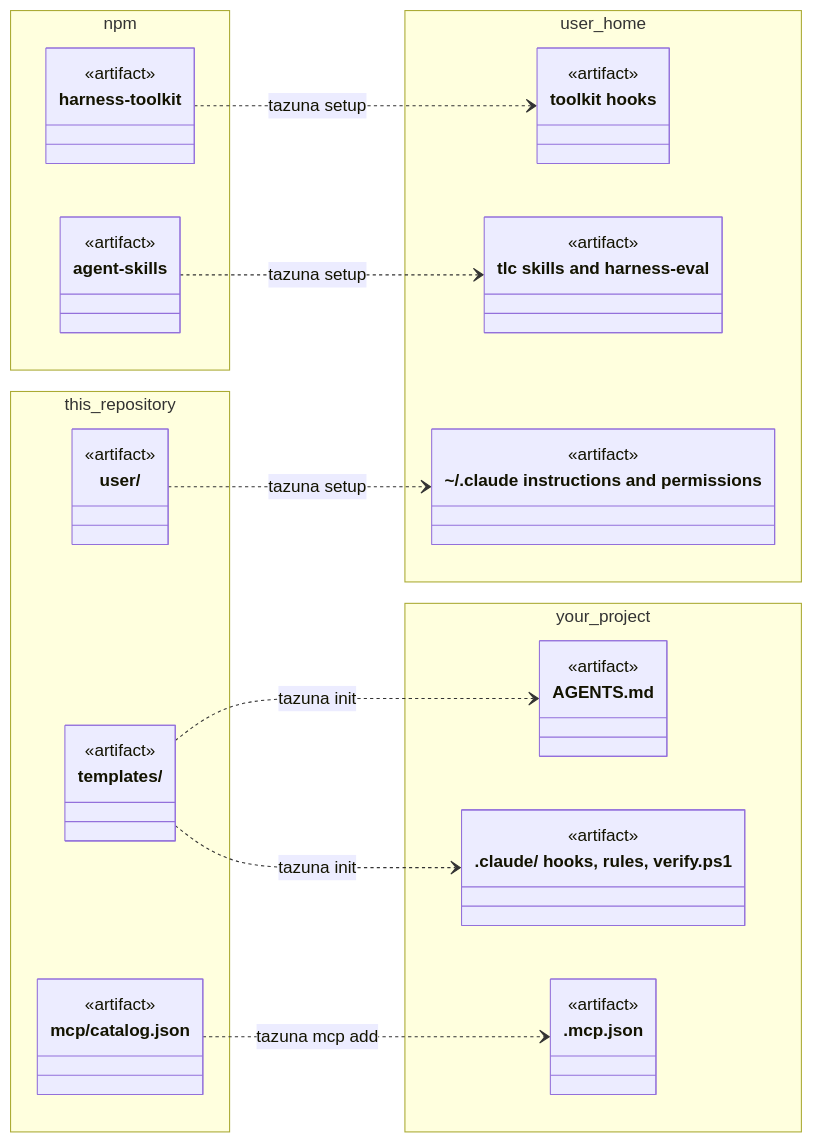
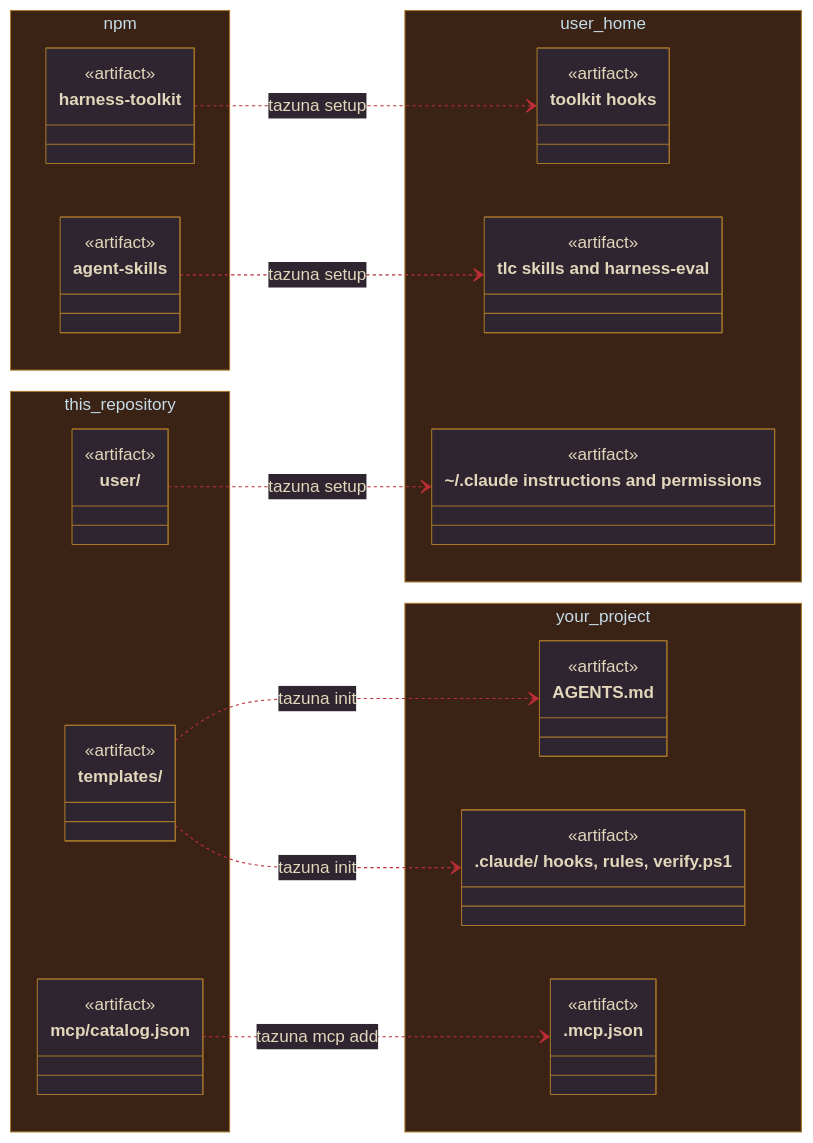
The third of 4 diagrams in README.md (AlfredoNeeto/tazuna), drawn with Mermaid before and after one commit. The commit also changed other lines of this file and 16 other files, not shown here.

````diff
--- a/README.md
+++ b/README.md
@@ -191,29 +184,30 @@
 ```mermaid
+%%{init: {'theme': 'base', 'themeVariables': {'primaryColor': '#2f2530', 'primaryTextColor': '#e2d6bb', 'primaryBorderColor': '#a5752a', 'lineColor': '#bd2e37', 'secondaryColor': '#7f1721', 'tertiaryColor': '#3a2215', 'clusterBkg': '#3a2215', 'clusterBorder': '#a5752a', 'edgeLabelBackground': '#3e0c13', 'fontFamily': 'Georgia, serif'}}}%%
 classDiagram
     direction LR
     namespace this_repository {
         class user["user/"] { <<artifact>> }
         class templates["templates/"] { <<artifact>> }
         class catalog["mcp/catalog.json"] { <<artifact>> }
     }
     namespace npm {
         class toolkit["harness-toolkit"] { <<artifact>> }
         class agentskills["agent-skills"] { <<artifact>> }
     }
     namespace user_home {
         class instructions["~/.claude instructions and permissions"] { <<artifact>> }
         class floor["toolkit hooks"] { <<artifact>> }
         class skills["tlc skills and harness-eval"] { <<artifact>> }
     }
     namespace your_project {
         class agents["AGENTS.md"] { <<artifact>> }
         class claude[".claude/ hooks, rules, verify.ps1"] { <<artifact>> }
         class mcpjson[".mcp.json"] { <<artifact>> }
     }
     user ..> instructions : tazuna setup
     toolkit ..> floor : tazuna setup
     agentskills ..> skills : tazuna setup
     templates ..> agents : tazuna init
     templates ..> claude : tazuna init
     catalog ..> mcpjson : tazuna mcp add
 ```
````
